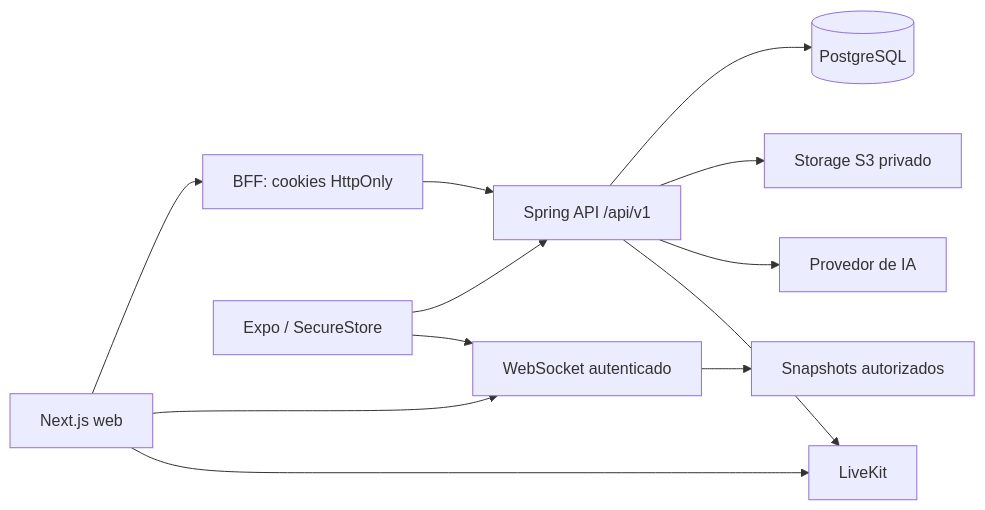
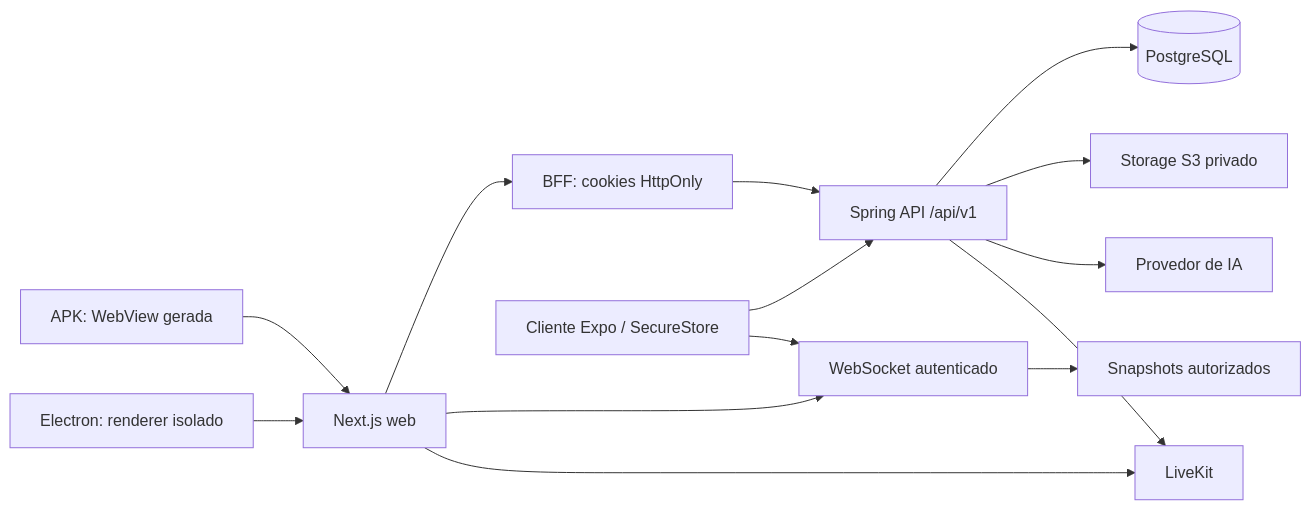
Before and after one commit to luizcordeiro155/Enturma: the diagram in docs/ARCHITECTURE.md, drawn with Mermaid. The commit also changed other lines of this file and 7 other files, not shown here.

````diff
--- a/docs/ARCHITECTURE.md
+++ b/docs/ARCHITECTURE.md
@@ -7,14 +5,16 @@
 ```mermaid
 flowchart LR
   Web[Next.js web] --> BFF[BFF: cookies HttpOnly]
   BFF --> API[Spring API /api/v1]
-  Mobile[Expo / SecureStore] --> API
+  Mobile[Cliente Expo / SecureStore] --> API
+  Android[APK: WebView gerada] --> Web
+  Desktop[Electron: renderer isolado] --> Web
   API --> PG[(PostgreSQL)]
   Web --> WS[WebSocket autenticado]
   Mobile --> WS
   WS --> Relay[Snapshots autorizados]
   API --> S3[Storage S3 privado]
   API --> LLM[Provedor de IA]
   API --> LK[LiveKit]
   Web --> LK
 ```
````
